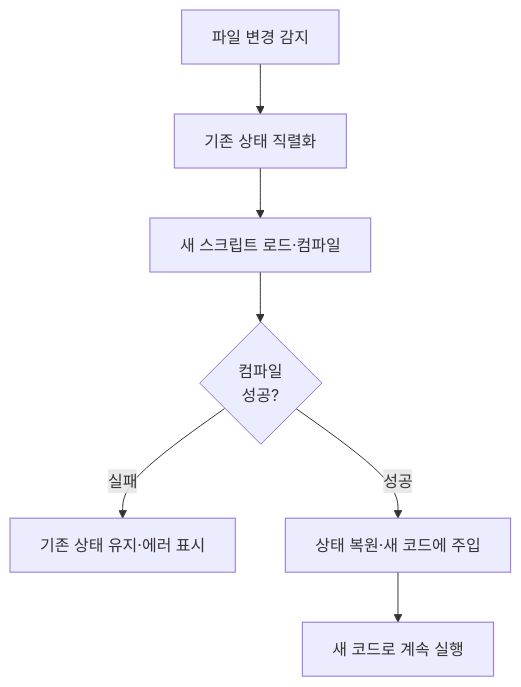
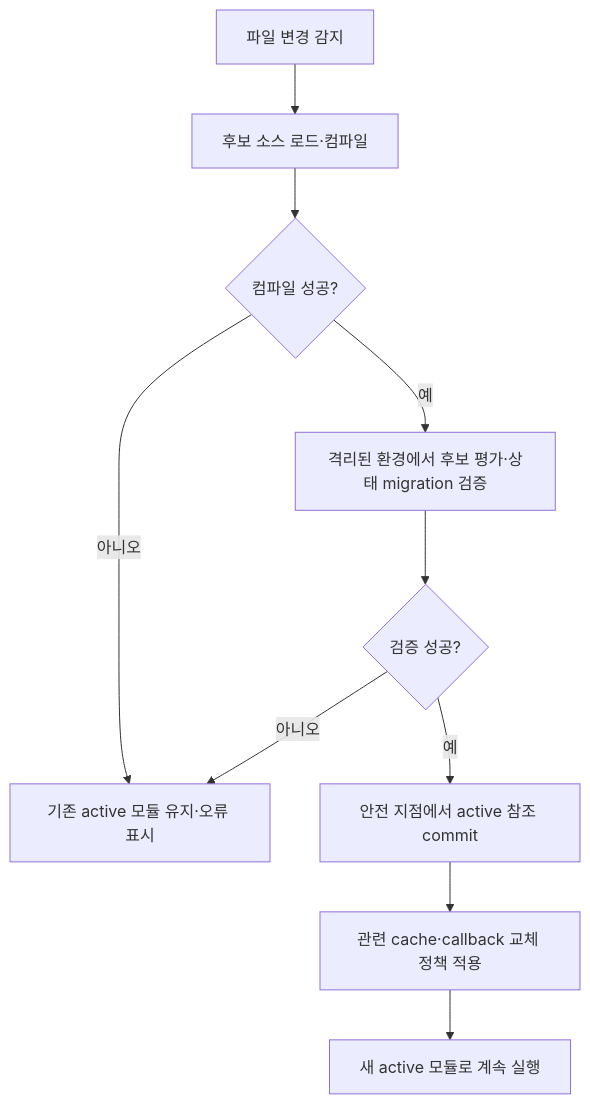
Before and after one commit to Rein-ArXiv/game-dev-curriculum: the fourth of 6 diagrams in languages/part06_engine_scripting.md, drawn with Mermaid. The commit also changed other lines of this file and 279 other files, not shown here.

````diff
--- a/languages/part06_engine_scripting.md
+++ b/languages/part06_engine_scripting.md
@@ -379,9 +407,12 @@
 ```mermaid
-flowchart TB
-    Detect[파일 변경 감지] --> Save[기존 상태 직렬화]
-    Save --> Reload[새 스크립트 로드·컴파일]
-    Reload --> Err{컴파일<br/>성공?}
-    Err -->|실패| Keep[기존 상태 유지·에러 표시]
-    Err -->|성공| Restore[상태 복원·새 코드에 주입]
-    Restore --> Run[새 코드로 계속 실행]
+flowchart TD
+    Detect[파일 변경 감지] --> Compile[후보 소스 로드·컴파일]
+    Compile --> Err{컴파일 성공?}
+    Err -->|아니오| Keep[기존 active 모듈 유지·오류 표시]
+    Err -->|예| Eval[격리된 환경에서 후보 평가·상태 migration 검증]
+    Eval --> Verify{검증 성공?}
+    Verify -->|아니오| Keep
+    Verify -->|예| Commit[안전 지점에서 active 참조 commit]
+    Commit --> Policy[관련 cache·callback 교체 정책 적용]
+    Policy --> Run[새 active 모듈로 계속 실행]
 ```
````
